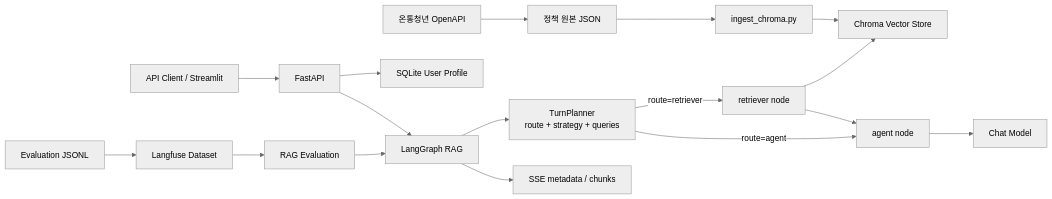
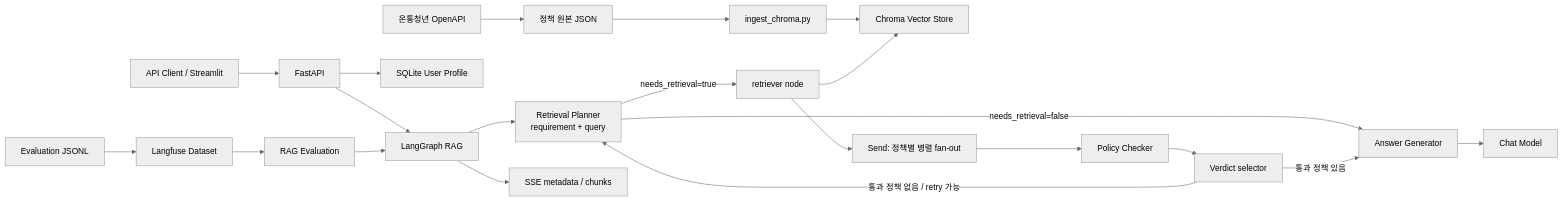
One commit to SungjinWi99/Youth-Policy-RAG changed the diagram in README.md. Above: the diagram before and after it, drawn with Mermaid (neutral theme). The commit also changed other lines of this file and 45 other files, not shown here.

````diff
--- a/README.md
+++ b/README.md
@@ -24,21 +27,25 @@
 ```mermaid
 flowchart LR
     API["온통청년 OpenAPI"] --> RAW["정책 원본 JSON"]
     RAW --> INGEST["ingest_chroma.py"]
     INGEST --> CHROMA["Chroma Vector Store"]
 
     CLIENT["API Client / Streamlit"] --> FASTAPI["FastAPI"]
     FASTAPI --> USERDB["SQLite User Profile"]
     FASTAPI --> GRAPH["LangGraph RAG"]
-    GRAPH --> PLANNER["TurnPlanner<br/>route + strategy + queries"]
-    PLANNER -->|"route=retriever"| RETRIEVE["retriever node"]
-    PLANNER -->|"route=agent"| AGENT["agent node"]
+    GRAPH --> PLANNER["Retrieval Planner<br/>requirement + query"]
+    PLANNER -->|"needs_retrieval=true"| RETRIEVE["retriever node"]
+    PLANNER -->|"needs_retrieval=false"| GENERATOR["Answer Generator"]
     RETRIEVE --> CHROMA
-    RETRIEVE --> AGENT
-    AGENT --> LLM["Chat Model"]
+    RETRIEVE --> SEND["Send: 정책별 병렬 fan-out"]
+    SEND --> CHECKER["Policy Checker"]
+    CHECKER --> SELECTOR["Verdict selector"]
+    SELECTOR -->|"통과 정책 있음"| GENERATOR
+    SELECTOR -->|"통과 정책 없음 / retry 가능"| PLANNER
+    GENERATOR --> LLM["Chat Model"]
     GRAPH --> SSE["SSE metadata / chunks"]
 
     EVALDATA["Evaluation JSONL"] --> LANGFUSE["Langfuse Dataset"]
     LANGFUSE --> EVALRUN["RAG Evaluation"]
     EVALRUN --> GRAPH
 ```
````
